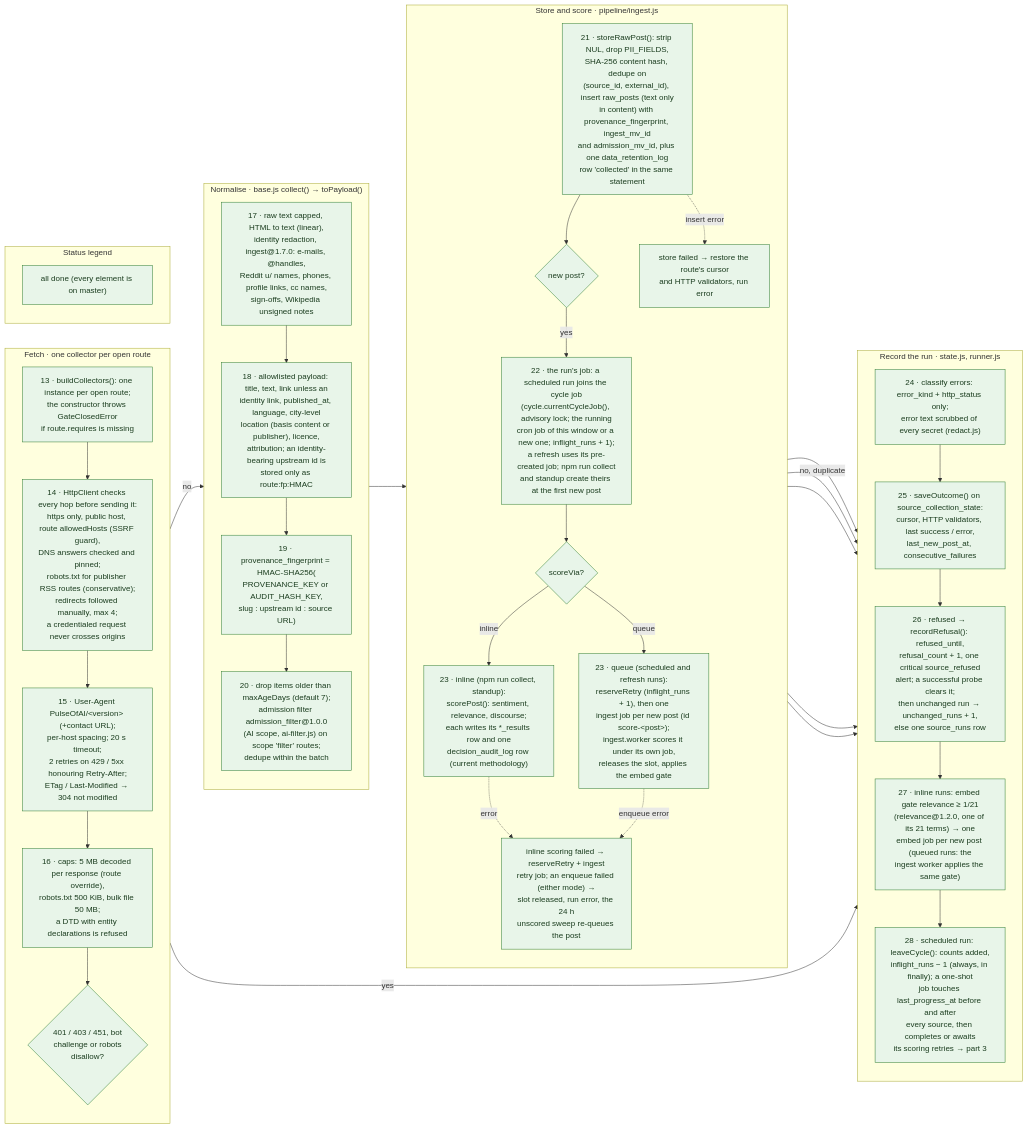
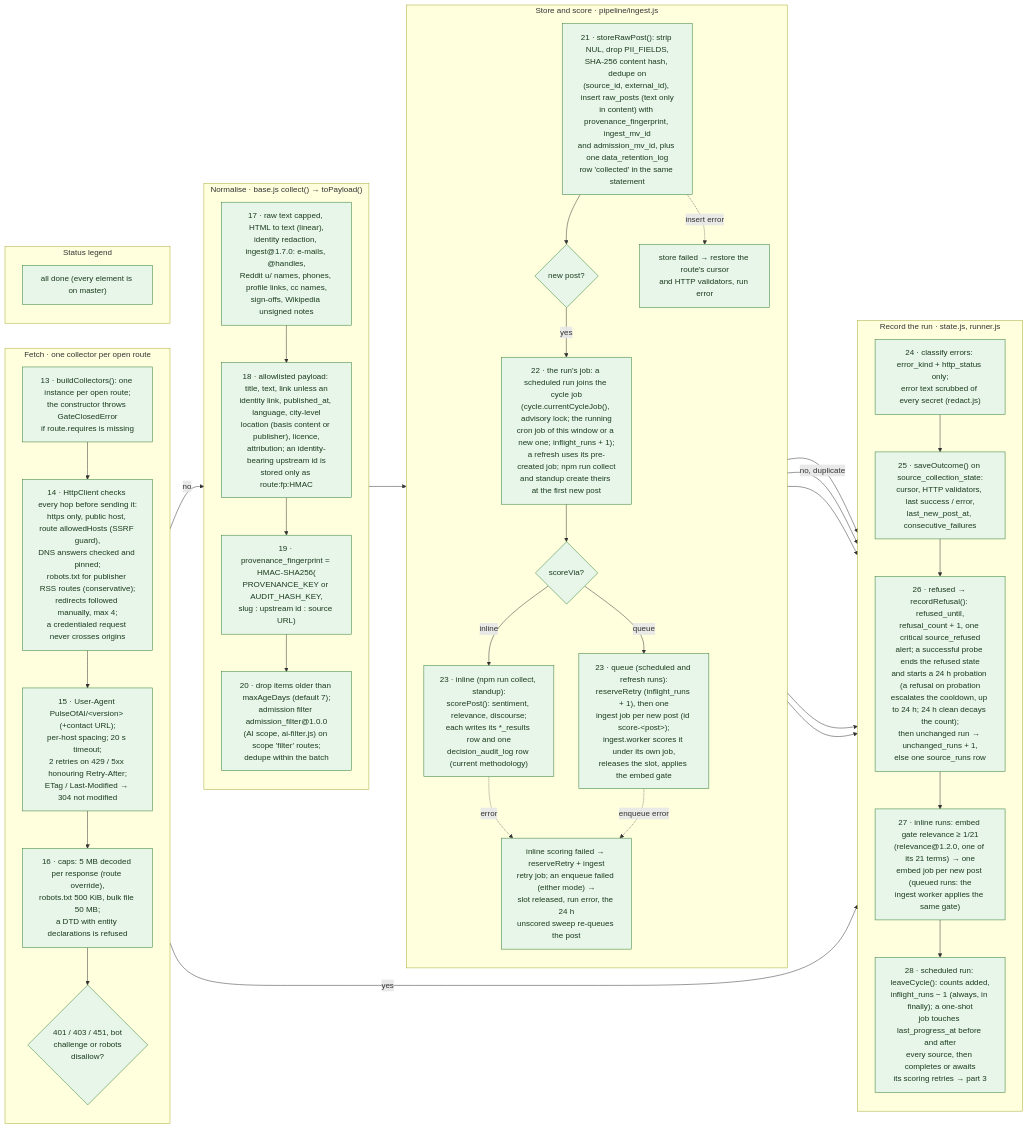
One commit to jennifer-mckinney/pulse-of-ai changed the diagram in docs/diagrams/flows/collection-2-fetch-store-score.mmd. Above: the diagram before and after it, drawn with Mermaid. The commit also changed 35 other files, not shown here.

First line of the commit message:
Bring 12 diagrams in line with master through PR #34 (docs audit round 3)

```diff
--- a/docs/diagrams/flows/collection-2-fetch-store-score.mmd
+++ b/docs/diagrams/flows/collection-2-fetch-store-score.mmd
@@ -1,67 +1,67 @@
 %% Title: Collection cycle · part 2 of 3 · fetch, normalise, store, score
 %% Summary: What one open route of a claimed source does: the guarded HTTP fetch, normalisation with redaction, the admission filter and the provenance fingerprint, storage with the ingest and admission versions, scoring (ingest queue for scheduled and refresh runs, inline for npm run collect and standup) with audit rows, and the run record.
-%% Sources: src/collectors/{index,base,http,netguard,transport,robots,normalize,identity,provenance,errors,redact,state,cycle,runner,ai-filter}.js, src/workers/{collect,ingest}.worker.js, src/pipeline/{ingest,sentiment,relevance,discourse,methodology}.js, src/config/methodology-registry.js; migrations 022, 031, 040, 042. Spec: TECHNICAL_SPEC.md section 8 (PII handling, provenance); ADR 0001 (terms and politeness, D2); PR #22 decision G6.
+%% Sources: src/collectors/{index,base,http,netguard,transport,robots,normalize,identity,provenance,errors,redact,state,refusal,cycle,runner,ai-filter}.js, src/workers/{collect,ingest}.worker.js, src/pipeline/{ingest,sentiment,relevance,discourse,methodology}.js, src/config/methodology-registry.js; migrations 022, 031, 040, 042, 062. Spec: TECHNICAL_SPEC.md section 8 (PII handling, provenance); ADR 0001 (terms and politeness, D2); PR #22 decision G6.
 flowchart LR
 
   subgraph FETCH["Fetch · one collector per open route"]
     direction TB
     F1["13 · buildCollectors(): one instance per open route;<br/>the constructor throws GateClosedError<br/>if route.requires is missing"]:::done
     F2["14 · HttpClient checks every hop before sending it:<br/>https only, public host, route allowedHosts (SSRF guard),<br/>DNS answers checked and pinned;<br/>robots.txt for publisher RSS routes (conservative);<br/>redirects followed manually, max 4;<br/>a credentialed request never crosses origins"]:::done
     F3["15 · User-Agent PulseOfAI/#lt;version#gt; (+contact URL);<br/>per-host spacing; 20 s timeout;<br/>2 retries on 429 / 5xx honouring Retry-After;<br/>ETag / Last-Modified → 304 not modified"]:::done
     F4["16 · caps: 5 MB decoded per response (route override),<br/>robots.txt 500 KiB, bulk file 50 MB;<br/>a DTD with entity declarations is refused"]:::done
     F5{"401 / 403 / 451, bot<br/>challenge or robots<br/>disallow?"}:::done
     F1 --> F2 --> F3 --> F4 --> F5
   end
 
   subgraph NORM["Normalise · base.js collect() → toPayload()"]
     direction TB
     N1["17 · raw text capped, HTML to text (linear),<br/>identity redaction, ingest@1.7.0: e-mails, @handles,<br/>Reddit u/ names, phones, profile links, cc names,<br/>sign-offs, Wikipedia unsigned notes"]:::done
     N2["18 · allowlisted payload: title, text, link unless an<br/>identity link, published_at, language, city-level<br/>location (basis content or publisher), licence,<br/>attribution; an identity-bearing upstream id is<br/>stored only as route:fp:HMAC"]:::done
     N3["19 · provenance_fingerprint = HMAC-SHA256(<br/>PROVENANCE_KEY or AUDIT_HASH_KEY,<br/>slug : upstream id : source URL)"]:::done
     N4["20 · drop items older than maxAgeDays (default 7);<br/>admission filter admission_filter@1.0.0<br/>(AI scope, ai-filter.js) on scope 'filter' routes;<br/>dedupe within the batch"]:::done
     N1 --> N2 --> N3 --> N4
   end
 
   subgraph STORE["Store and score · pipeline/ingest.js"]
     direction TB
     T1["21 · storeRawPost(): strip NUL, drop PII_FIELDS,<br/>SHA-256 content hash, dedupe on<br/>(source_id, external_id), insert raw_posts (text only<br/>in content) with provenance_fingerprint, ingest_mv_id<br/>and admission_mv_id, plus one data_retention_log<br/>row 'collected' in the same statement"]:::done
     T2{"new post?"}:::done
     T3["22 · the run's job: a scheduled run joins the cycle job<br/>(cycle.currentCycleJob(), advisory lock; the running<br/>cron job of this window or a new one; inflight_runs + 1);<br/>a refresh uses its pre-created job; npm run collect<br/>and standup create theirs at the first new post"]:::done
     T7{"scoreVia?"}:::done
     T4["23 · queue (scheduled and refresh runs):<br/>reserveRetry (inflight_runs + 1), then one<br/>ingest job per new post (id score-#lt;post#gt;);<br/>ingest.worker scores it under its own job,<br/>releases the slot, applies the embed gate"]:::done
     T8["23 · inline (npm run collect, standup):<br/>scorePost(): sentiment, relevance, discourse;<br/>each writes its *_results row and one<br/>decision_audit_log row (current methodology)"]:::done
     T5["inline scoring failed → reserveRetry + ingest<br/>retry job; an enqueue failed (either mode) →<br/>slot released, run error, the 24 h<br/>unscored sweep re-queues the post"]:::done
     T6["store failed → restore the route's cursor<br/>and HTTP validators, run error"]:::done
     T1 --> T2
     T2 -- yes --> T3 --> T7
     T7 -- queue --> T4
     T7 -- inline --> T8
   end
 
   subgraph RECORD["Record the run · state.js, runner.js"]
     direction TB
     V1["24 · classify errors: error_kind + http_status only;<br/>error text scrubbed of every secret (redact.js)"]:::done
     V2["25 · saveOutcome() on source_collection_state:<br/>cursor, HTTP validators, last success / error,<br/>last_new_post_at, consecutive_failures"]:::done
-    V3["26 · refused → recordRefusal(): refused_until,<br/>refusal_count + 1, one critical source_refused<br/>alert; a successful probe clears it;<br/>then unchanged run → unchanged_runs + 1,<br/>else one source_runs row"]:::done
+    V3["26 · refused → recordRefusal(): refused_until,<br/>refusal_count + 1, one critical source_refused<br/>alert; a successful probe ends the refused state<br/>and starts a 24 h probation (a refusal on probation<br/>escalates the cooldown, up to 24 h; 24 h clean decays the count);<br/>then unchanged run → unchanged_runs + 1,<br/>else one source_runs row"]:::done
     V4["27 · inline runs: embed gate relevance ≥ 1/21<br/>(relevance@1.2.0, one of its 21 terms) → one<br/>embed job per new post (queued runs: the<br/>ingest worker applies the same gate)"]:::done
     V5["28 · scheduled run: leaveCycle(): counts added,<br/>inflight_runs − 1 (always, in finally); a one-shot<br/>job touches last_progress_at before and after<br/>every source, then completes or awaits<br/>its scoring retries → part 3"]:::done
     V1 --> V2 --> V3 --> V4 --> V5
   end
 
   subgraph LEGEND["Status legend"]
     L1["all done (every element is on master)"]:::done
   end
 
   F5 -- yes --> V1
   F5 -- no --> N1
   N4 --> T1
   T1 -. "insert error" .-> T6 --> V1
   T2 -- "no, duplicate" --> V1
   T8 -. "error" .-> T5
   T4 -. "enqueue error" .-> T5
   T5 --> V1
   T4 --> V1
   T8 --> V1
 
   classDef done fill:#e8f5e9,stroke:#2e7d32,color:#1b3d1f
   classDef planned fill:#f2f2f2,stroke:#8a8a8a,color:#4a4a4a,stroke-dasharray:2 3
```
